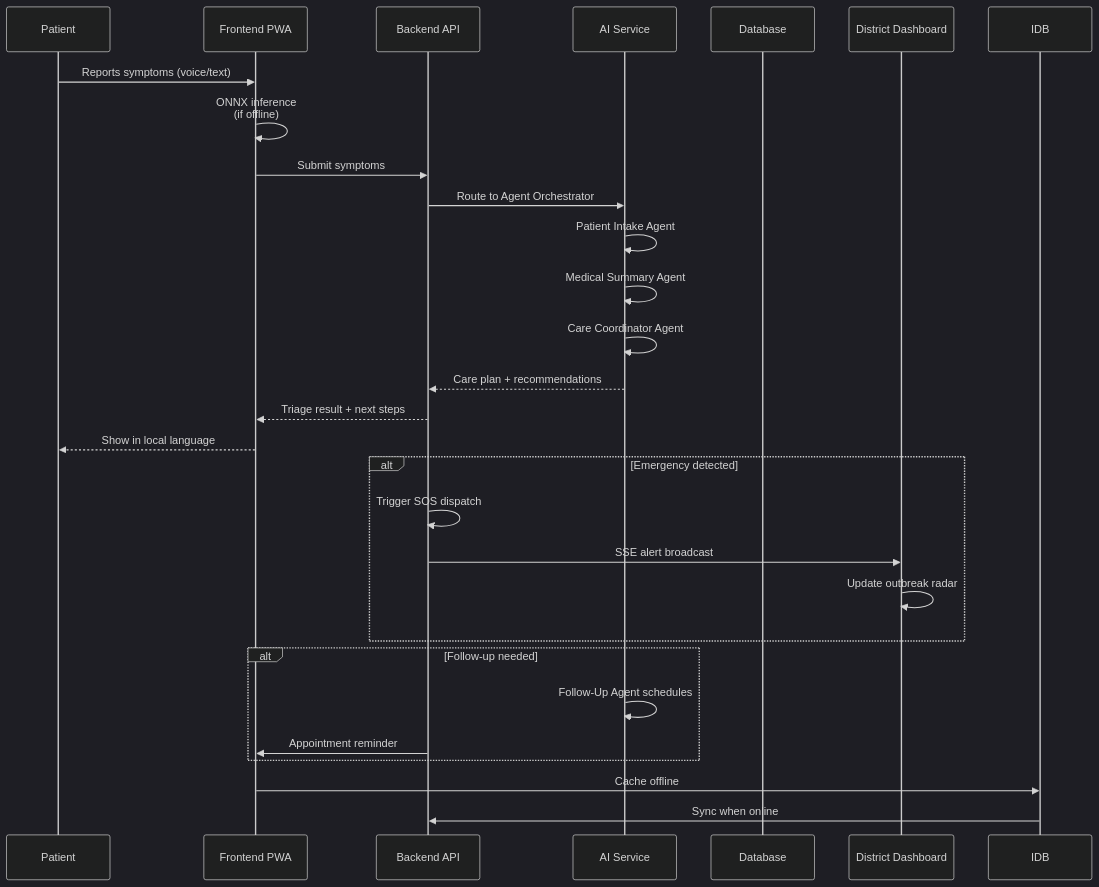
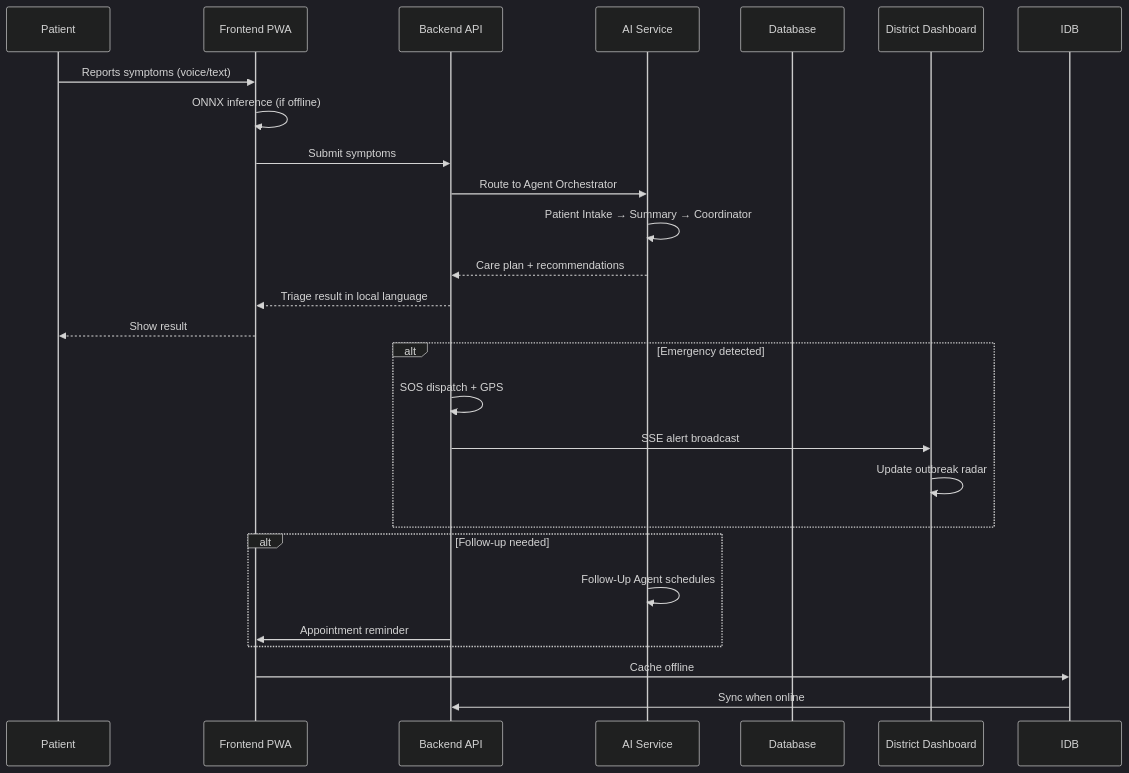
Before and after one commit to tejshveeyerpurwad-hash/mediflow-ai-agent: the second of 5 diagrams in README.md, drawn with Mermaid (dark theme). The commit also changed other lines of this file and 8 other files, not shown here.

````diff
--- a/README.md
+++ b/README.md
@@ -329,34 +267,32 @@
 ```mermaid
 sequenceDiagram
     participant P as Patient
     participant F as Frontend PWA
     participant B as Backend API
     participant A as AI Service
     participant DB as Database
     participant D as District Dashboard
 
     P->>F: Reports symptoms (voice/text)
-    F->>F: ONNX inference<br/>(if offline)
+    F->>F: ONNX inference (if offline)
     F->>B: Submit symptoms
     B->>A: Route to Agent Orchestrator
-    A->>A: Patient Intake Agent
-    A->>A: Medical Summary Agent
-    A->>A: Care Coordinator Agent
+    A->>A: Patient Intake → Summary → Coordinator
     A-->>B: Care plan + recommendations
-    B-->>F: Triage result + next steps
-    F-->>P: Show in local language
+    B-->>F: Triage result in local language
+    F-->>P: Show result
 
     alt Emergency detected
-        B->>B: Trigger SOS dispatch
+        B->>B: SOS dispatch + GPS
         B->>D: SSE alert broadcast
         D->>D: Update outbreak radar
     end
 
     alt Follow-up needed
         A->>A: Follow-Up Agent schedules
         B->>F: Appointment reminder
     end
 
     F->>IDB: Cache offline
     IDB->>B: Sync when online
 ```
````
